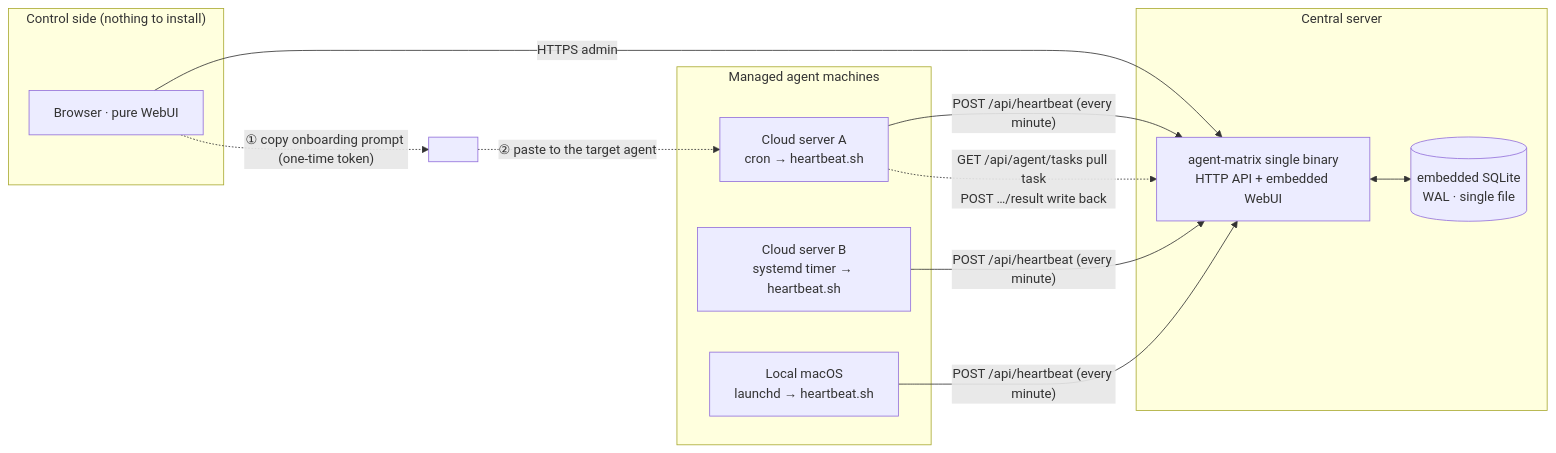
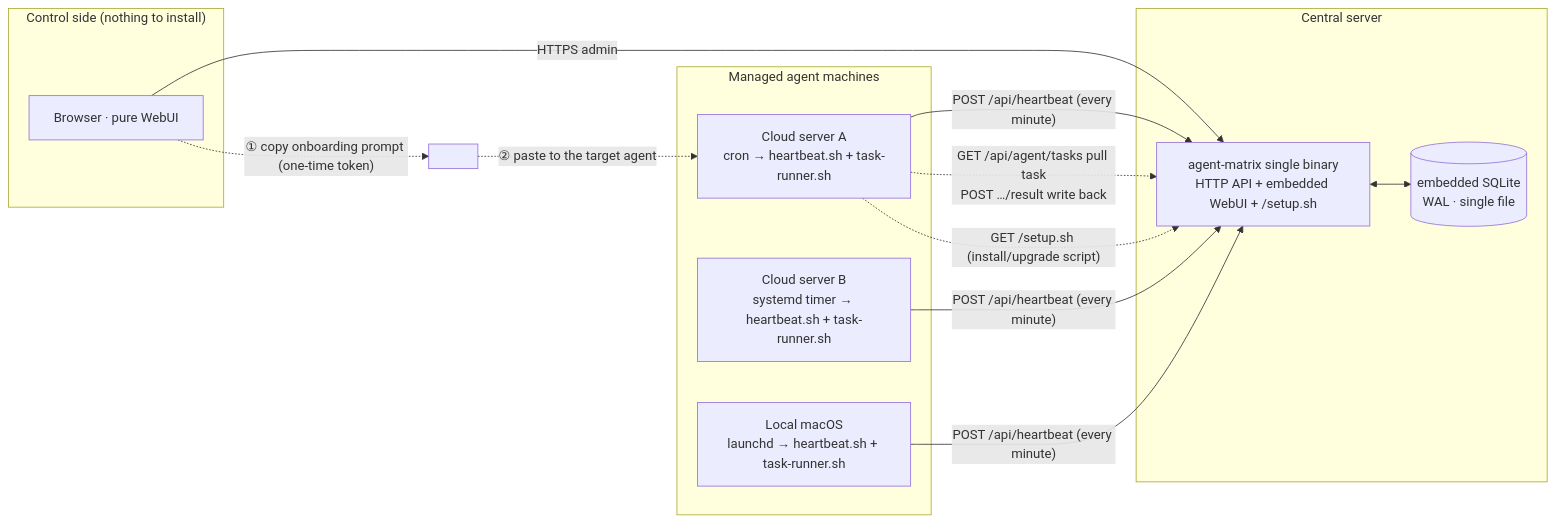
Before and after one commit to HankGuo/agent-matrix: the first of 5 diagrams in README.en.md, drawn with Mermaid. The commit also changed other lines of this file and 6 other files, not shown here.

First line of the commit message:
Slim onboarding prompt: server-hosted idempotent setup.sh (v0.5.1)

````diff
--- a/README.en.md
+++ b/README.en.md
@@ -11,26 +11,27 @@
 ```mermaid
 flowchart LR
     subgraph client["Control side (nothing to install)"]
         B["Browser · pure WebUI"]
     end
 
     subgraph Central server
-        S["agent-matrix single binary<br/>HTTP API + embedded WebUI"]
+        S["agent-matrix single binary<br/>HTTP API + embedded WebUI + /setup.sh"]
         DB[("embedded SQLite<br/>WAL · single file")]
         S <--> DB
     end
 
     subgraph Managed agent machines
-        G1["Cloud server A<br/>cron → heartbeat.sh"]
-        G2["Cloud server B<br/>systemd timer → heartbeat.sh"]
-        G3["Local macOS<br/>launchd → heartbeat.sh"]
+        G1["Cloud server A<br/>cron → heartbeat.sh + task-runner.sh"]
+        G2["Cloud server B<br/>systemd timer → heartbeat.sh + task-runner.sh"]
+        G3["Local macOS<br/>launchd → heartbeat.sh + task-runner.sh"]
     end
 
     B -->|"HTTPS admin"| S
     G1 -->|"POST /api/heartbeat (every minute)"| S
     G2 -->|"POST /api/heartbeat (every minute)"| S
     G3 -->|"POST /api/heartbeat (every minute)"| S
     G1 -.->|"GET /api/agent/tasks pull task<br/>POST …/result write back"| S
+    G1 -.->|"GET /setup.sh (install/upgrade script)"| S
     B -.->|"① copy onboarding prompt (one-time token)"| P[" "]
     P -.->|"② paste to the target agent"| G1
 ```
````
